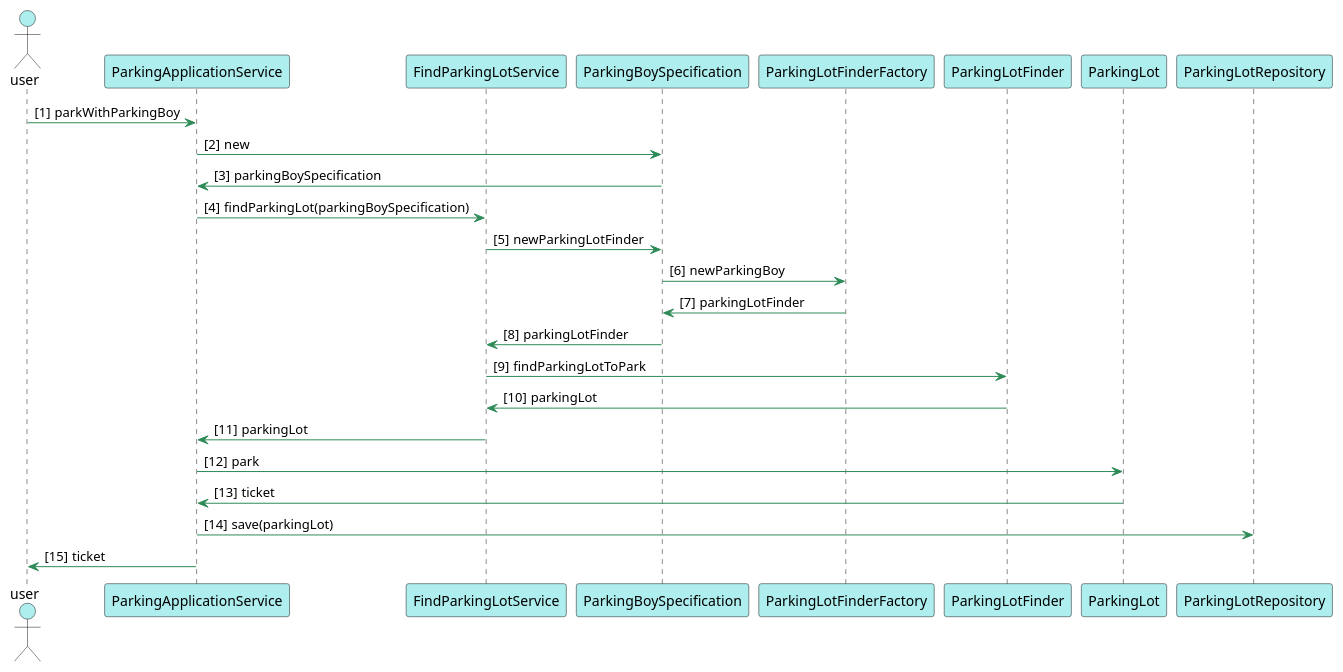
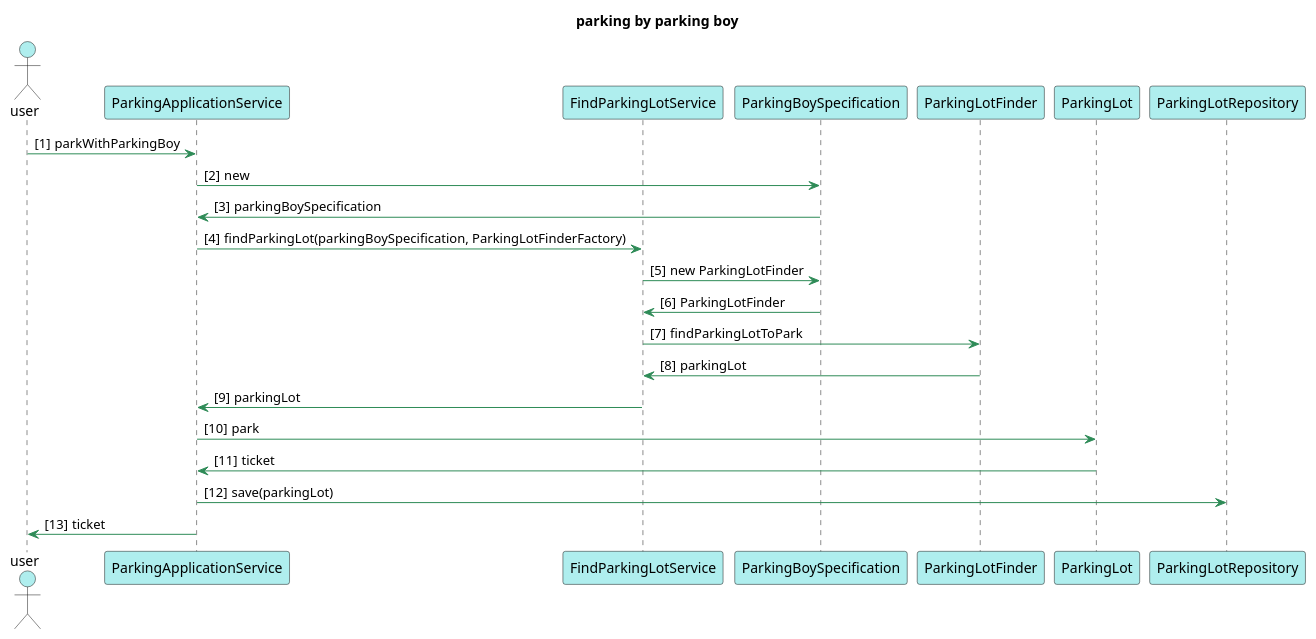
Before and after one commit to gitqh/parking-lot-ddd-workshop: the diagram in graph/sequence.puml, drawn with PlantUML. The commit also changed 10 other files, not shown here.

```diff
--- a/graph/sequence.puml
+++ b/graph/sequence.puml
@@ -1,36 +1,35 @@
-@startuml
+@startuml parking context
 skinparam Shadowing false
 skinparam sequence {
     ActorBackgroundColor PaleTurquoise
     ArrowColor SeaGreen
     LifeLineBackgroundColor PaleTurquoise
     ParticipantBackgroundColor PaleTurquoise
 }
 
+title parking by parking boy
+
 autonumber "[0]"
-actor user order 1
-participant ParkingApplicationService order 2
-participant FindParkingLotService order 3
-participant ParkingBoySpecification order 4
-participant ParkingLotFinderFactory order 5
-participant ParkingLotFinder order 6
-participant ParkingLot order 7
-participant ParkingLotRepository order 8
+actor user
+participant ParkingApplicationService
+participant FindParkingLotService
+participant ParkingBoySpecification
+participant ParkingLotFinder
+participant ParkingLot
+participant ParkingLotRepository
 
 user -> ParkingApplicationService :parkWithParkingBoy
 ParkingApplicationService -> ParkingBoySpecification :new
 ParkingApplicationService <- ParkingBoySpecification :parkingBoySpecification
-ParkingApplicationService -> FindParkingLotService :findParkingLot(parkingBoySpecification)
-FindParkingLotService -> ParkingBoySpecification :newParkingLotFinder
-ParkingBoySpecification -> ParkingLotFinderFactory :newParkingBoy
-ParkingBoySpecification <- ParkingLotFinderFactory :parkingLotFinder
-FindParkingLotService <- ParkingBoySpecification :parkingLotFinder
+ParkingApplicationService -> FindParkingLotService :findParkingLot(parkingBoySpecification, ParkingLotFinderFactory)
+FindParkingLotService -> ParkingBoySpecification :new ParkingLotFinder
+ParkingBoySpecification -> FindParkingLotService :ParkingLotFinder
 FindParkingLotService -> ParkingLotFinder :findParkingLotToPark
 FindParkingLotService <- ParkingLotFinder :parkingLot
 ParkingApplicationService <- FindParkingLotService :parkingLot
 ParkingApplicationService -> ParkingLot :park
 ParkingApplicationService <-  ParkingLot :ticket
 ParkingApplicationService -> ParkingLotRepository :save(parkingLot)
 user <- ParkingApplicationService :ticket
 
 @enduml
```
